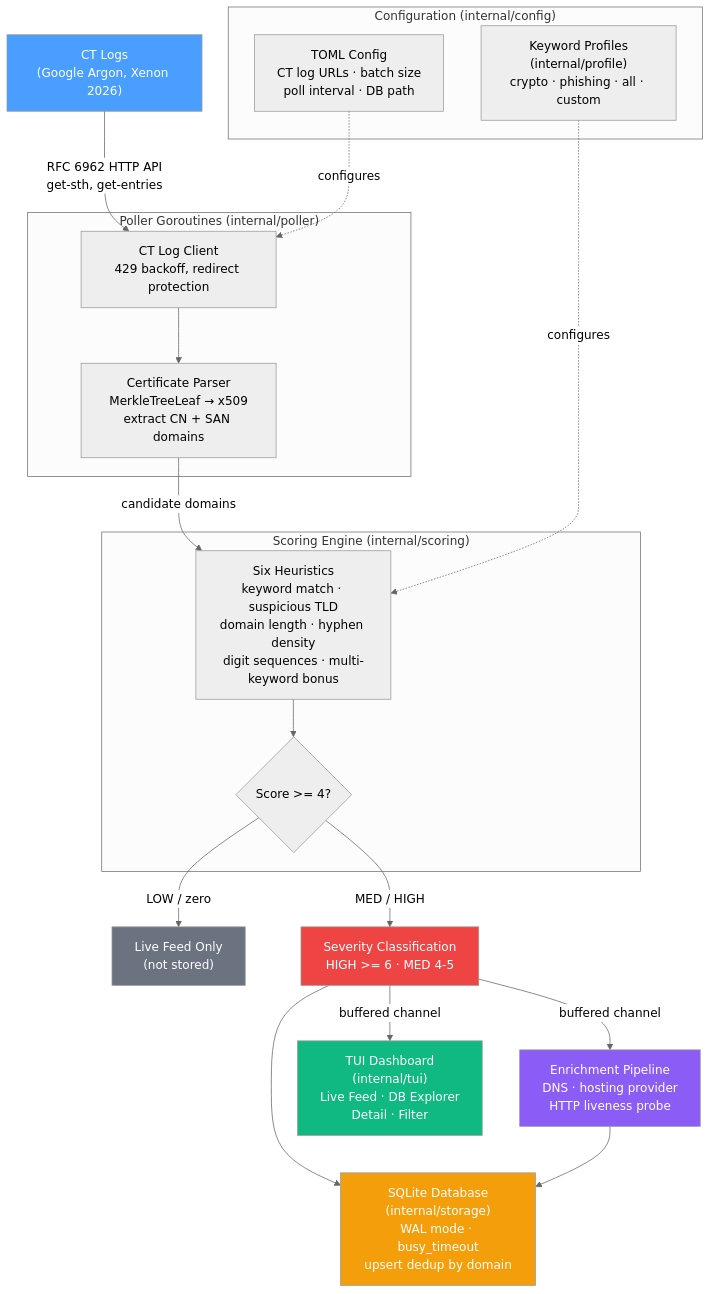
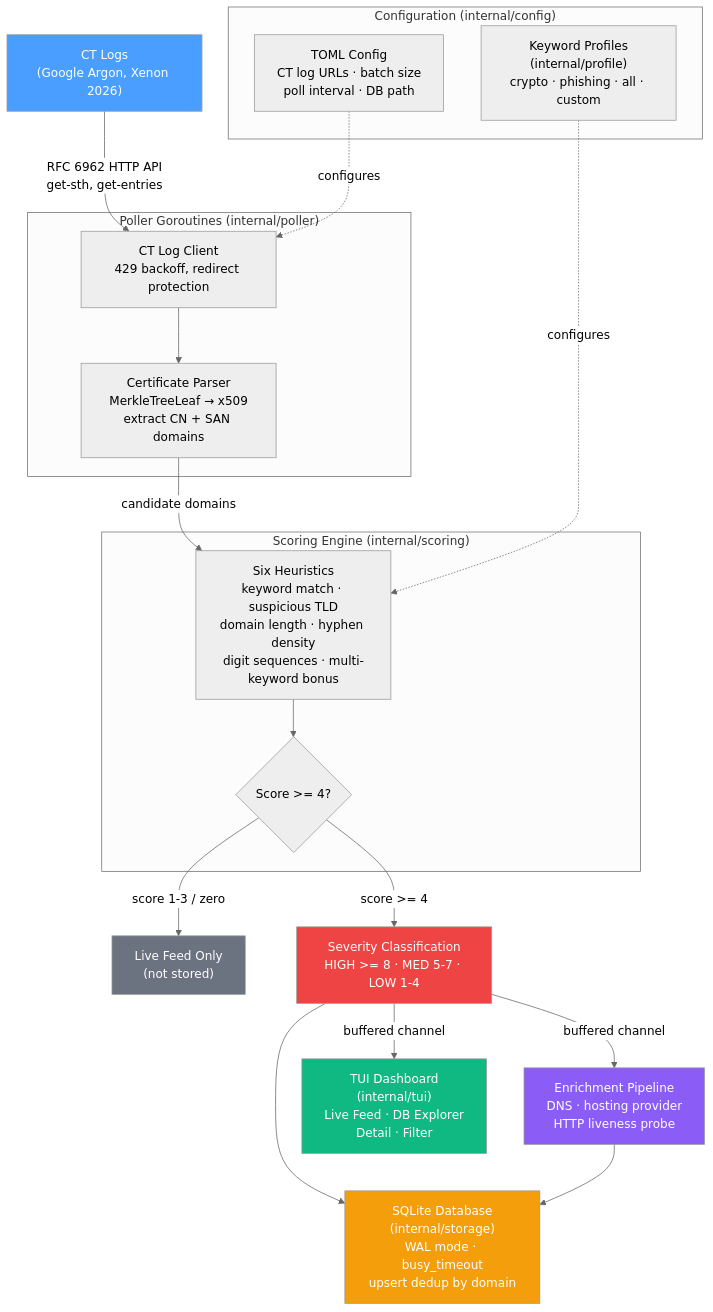
The diagram in README.md (ul0gic/ctsnare), drawn with Mermaid (neutral theme) before and after one commit. The commit also changed other lines of this file and 2 other files, not shown here.

First line of the commit message:
Correct go install path and stale severity-threshold docs

````diff
--- a/README.md
+++ b/README.md
@@ -519,34 +521,34 @@
 ```mermaid
 flowchart TD
     A["CT Logs\n(Google Argon, Xenon 2026)"] -->|"RFC 6962 HTTP API\nget-sth, get-entries"| B
 
     subgraph Polling ["Poller Goroutines (internal/poller)"]
         B["CT Log Client\n429 backoff, redirect protection"] --> C["Certificate Parser\nMerkleTreeLeaf → x509\nextract CN + SAN domains"]
     end
 
     C -->|"candidate domains"| D
 
     subgraph Scoring ["Scoring Engine (internal/scoring)"]
         D["Six Heuristics\nkeyword match · suspicious TLD\ndomain length · hyphen density\ndigit sequences · multi-keyword bonus"] --> E{"Score >= 4?"}
     end
 
-    E -->|"LOW / zero"| F["Live Feed Only\n(not stored)"]
-    E -->|"MED / HIGH"| G["Severity Classification\nHIGH >= 6 · MED 4-5"]
+    E -->|"score 1-3 / zero"| F["Live Feed Only\n(not stored)"]
+    E -->|"score >= 4"| G["Severity Classification\nHIGH >= 8 · MED 5-7 · LOW 1-4"]
 
     G --> H["SQLite Database\n(internal/storage)\nWAL mode · busy_timeout\nupsert dedup by domain"]
     G -->|"buffered channel"| I["Enrichment Pipeline\nDNS · hosting provider\nHTTP liveness probe"]
     G -->|"buffered channel"| J["TUI Dashboard\n(internal/tui)\nLive Feed · DB Explorer\nDetail · Filter"]
     I --> H
 
     subgraph Config ["Configuration (internal/config)"]
         K["TOML Config\nCT log URLs · batch size\npoll interval · DB path"] -.->|"configures"| B
         L["Keyword Profiles\n(internal/profile)\ncrypto · phishing · all · custom"] -.->|"configures"| D
     end
 
     style A fill:#4a9eff,color:#fff
     style H fill:#f59e0b,color:#fff
     style J fill:#10b981,color:#fff
     style I fill:#8b5cf6,color:#fff
     style F fill:#6b7280,color:#fff
     style G fill:#ef4444,color:#fff
 ```
````
